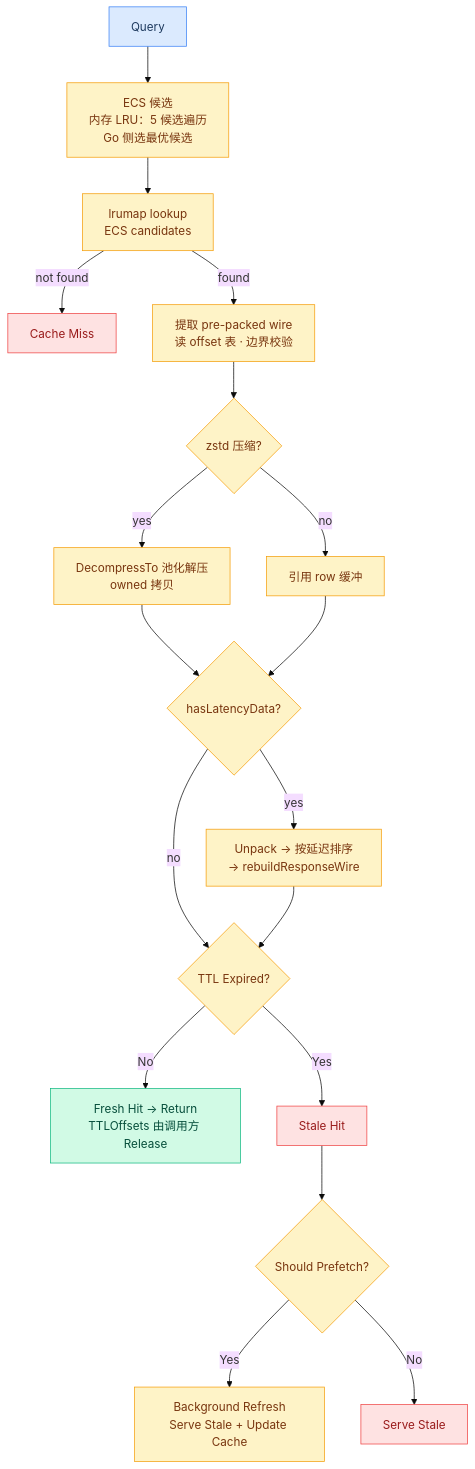
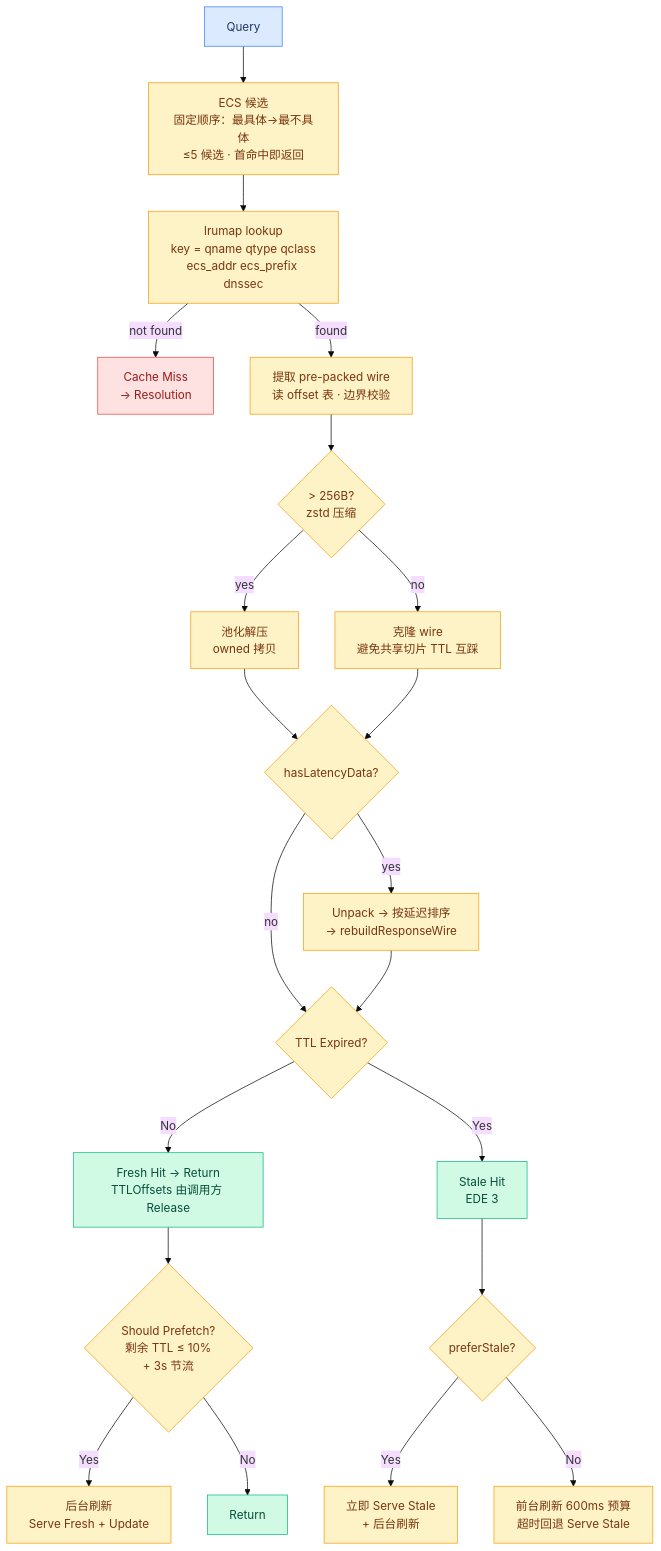
Before and after one commit to hezhijie0327/ZJDNS: the eighth of 30 diagrams in docs/FLOWCHARTS.md, drawn with Mermaid (base theme). The commit also changed other lines of this file and 8 other files, not shown here.

````diff
--- a/docs/FLOWCHARTS.md
+++ b/docs/FLOWCHARTS.md
@@ -96,28 +181,31 @@
 ```mermaid
 graph TD
-    Q[Query] --> ECS[ECS 候选<br/>内存 LRU：5 候选遍历<br/>Go 侧选最优候选]
-    ECS --> SQL[lrumap lookup<br/>ECS candidates]
-    SQL -->|not found| MISS[Cache Miss]
+    Q[Query] --> ECS[ECS 候选<br/>固定顺序：最具体→最不具体<br/>≤5 候选 · 首命中即返回]
+    ECS --> SQL[lrumap lookup<br/>key = qname qtype qclass<br/>ecs_addr ecs_prefix dnssec]
+    SQL -->|not found| MISS[Cache Miss<br/>→ Resolution]
     SQL -->|found| WIRE[提取 pre-packed wire<br/>读 offset 表 · 边界校验]
-    WIRE --> ZSTD{zstd 压缩?}
-    ZSTD -->|yes| DECOMP[DecompressTo 池化解压<br/>owned 拷贝]
-    ZSTD -->|no| REF[引用 row 缓冲]
+    WIRE --> ZSTD{"> 256B?<br/>zstd 压缩"}
+    ZSTD -->|yes| DECOMP[池化解压<br/>owned 拷贝]
+    ZSTD -->|no| CLONE[克隆 wire<br/>避免共享切片 TTL 互踩]
     DECOMP --> LAT{hasLatencyData?}
-    REF --> LAT
+    CLONE --> LAT
     LAT -->|yes| UNPACK[Unpack → 按延迟排序<br/>→ rebuildResponseWire]
-    LAT -->|no| EXPIRED{TTL Expired?}
-    UNPACK --> EXPIRED
-    EXPIRED -->|No| HIT[Fresh Hit → Return<br/>TTLOffsets 由调用方 Release]
-    EXPIRED -->|Yes| STALE[Stale Hit]
-    STALE --> PREFETCH{Should Prefetch?}
-    PREFETCH -->|Yes| BG[Background Refresh<br/>Serve Stale + Update Cache]
-    PREFETCH -->|No| RETURN[Serve Stale]
+    LAT -->|no| FRESH{TTL Expired?}
+    UNPACK --> FRESH
+    FRESH -->|No| HIT[Fresh Hit → Return<br/>TTLOffsets 由调用方 Release]
+    FRESH -->|Yes| STALE[Stale Hit<br/>EDE 3]
+    HIT --> PF{Should Prefetch?<br/>剩余 TTL ≤ 10%<br/>+ 3s 节流}
+    PF -->|Yes| BG[后台刷新<br/>Serve Fresh + Update]
+    PF -->|No| RETURN[Return]
+    STALE --> PREFER{preferStale?}
+    PREFER -->|Yes| STALEBG[立即 Serve Stale<br/>+ 后台刷新]
+    PREFER -->|No| FGBG[前台刷新 600ms 预算<br/>超时回退 Serve Stale]
     classDef start fill:#dbeafe,stroke:#3b82f6,color:#1e3a5f
     classDef proc fill:#fef3c7,stroke:#f59e0b,color:#78350f
     classDef hit fill:#d1fae5,stroke:#10b981,color:#064e3b
     classDef miss fill:#fee2e2,stroke:#ef4444,color:#991b1b
     class Q start
-    class ECS,SQL,WIRE,ZSTD,DECOMP,REF,LAT,UNPACK,EXPIRED,PREFETCH,BG proc
-    class HIT hit
-    class MISS,RETURN,STALE miss
+    class ECS,SQL,WIRE,ZSTD,DECOMP,CLONE,LAT,UNPACK,FRESH,PF,BG,PREFER,STALEBG,FGBG proc
+    class HIT,STALE,RETURN hit
+    class MISS miss
 ```
````
